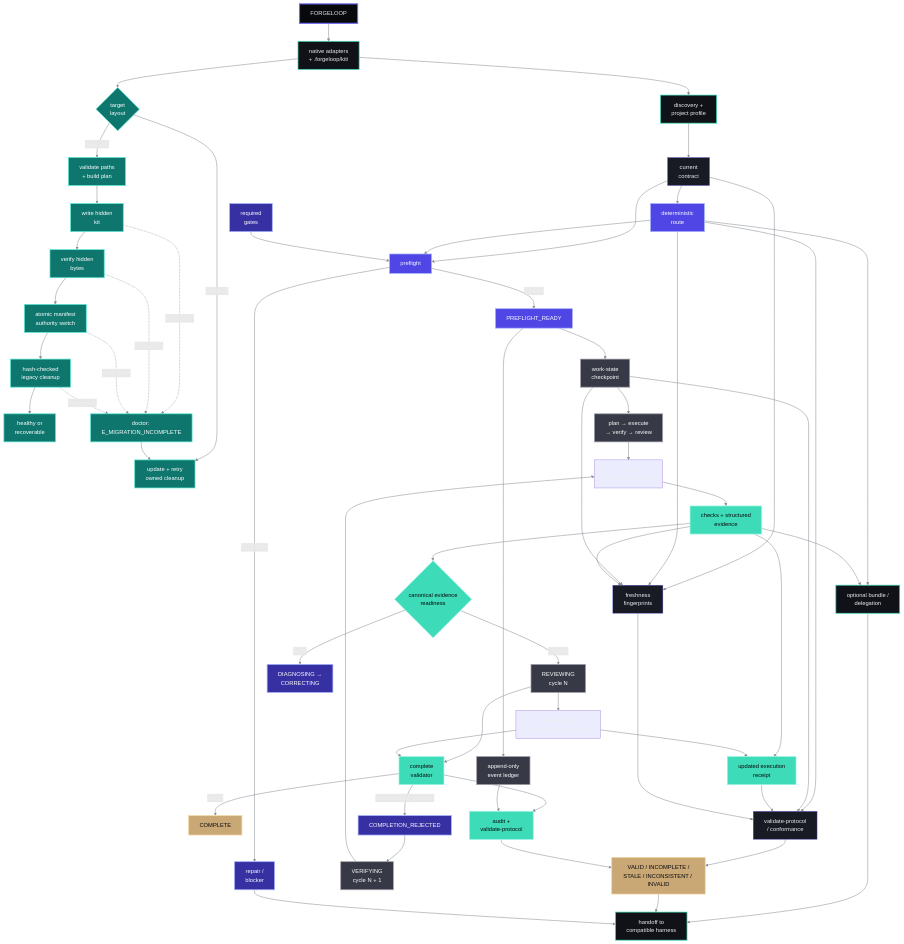
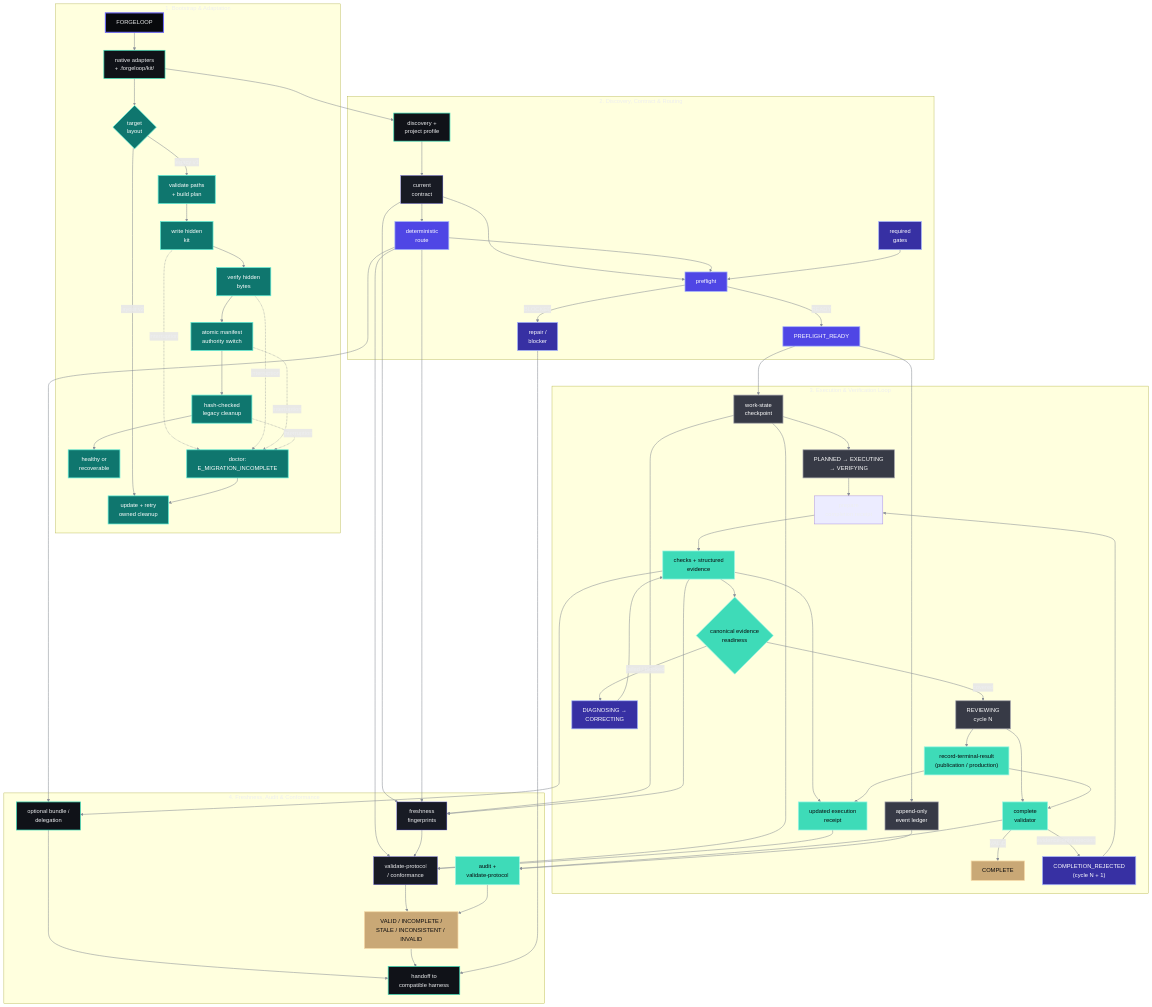
One commit to cassiomc1/ForgeLoop changed the diagram in README.md. Above: the diagram before and after it, drawn with Mermaid. The commit also changed other lines of this file, not shown here.

Commit message:
Update README Mermaid architecture diagram and release version to 0.1.11

````diff
--- a/README.md
+++ b/README.md
@@ -57,65 +57,112 @@
 ```mermaid
 flowchart TB
-  root["FORGELOOP"]
+  subgraph INIT["1. Bootstrap & Adaptation"]
+    root["FORGELOOP"]
+    entry["native adapters<br/>+ .forgeloop/kit/"]
+    migration{"target<br/>layout"}
+    plan["validate paths<br/>+ build plan"]
+    hidden["write hidden<br/>kit"]
+    verified["verify hidden<br/>bytes"]
+    authority["atomic manifest<br/>authority switch"]
+    cleanup["hash-checked<br/>legacy cleanup"]
+    recovered["healthy or<br/>recoverable"]
+    incomplete["doctor:<br/>E_MIGRATION_INCOMPLETE"]
+    retry["update + retry<br/>owned cleanup"]
+  end
 
-  root --> entry["native adapters<br/>+ .forgeloop/kit/"]
-  entry --> migration{"target<br/>layout"}
-  migration -->|legacy v1| plan["validate paths<br/>+ build plan"]
-  plan --> hidden["write hidden<br/>kit"]
-  hidden --> verified["verify hidden<br/>bytes"]
-  verified --> authority["atomic manifest<br/>authority switch"]
-  authority --> cleanup["hash-checked<br/>legacy cleanup"]
-  cleanup --> recovered["healthy or<br/>recoverable"]
-  hidden -. interruption .-> incomplete["doctor: E_MIGRATION_INCOMPLETE"]
+  subgraph CONTRACT_ROUTING["2. Discovery, Contract & Routing"]
+    discovery["discovery +<br/>project profile"]
+    contract["current<br/>contract"]
+    routing["deterministic<br/>route"]
+    gates["required<br/>gates"]
+    preflight["preflight"]
+    ready["PREFLIGHT_READY"]
+    blocker["repair /<br/>blocker"]
+  end
+
+  subgraph EXECUTION_LOOP["3. Execution & Verification Loop"]
+    state["work-state<br/>checkpoint"]
+    events["append-only<br/>event ledger"]
+    lifecycle["PLANNED → EXECUTING<br/>→ VERIFYING"]
+    prepare["prepare<br/>completion receipt"]
+    checks["checks + structured<br/>evidence"]
+    readiness{"canonical evidence<br/>readiness"}
+    review["REVIEWING<br/>cycle N"]
+    diagnose["DIAGNOSING →<br/>CORRECTING"]
+    terminal_result["record-terminal-result<br/>(publication / production)"]
+    complete["complete<br/>validator"]
+    terminal["COMPLETE"]
+    rejected["COMPLETION_REJECTED<br/>(cycle N + 1)"]
+    receipt["updated execution<br/>receipt"]
+  end
+
+  subgraph AUDIT_CONFORMANCE["4. Freshness, Audit & Conformance"]
+    freshness["freshness<br/>fingerprints"]
+    conformance["validate-protocol<br/>/ conformance"]
+    audit["audit +<br/>validate-protocol"]
+    verdict["VALID / INCOMPLETE /<br/>STALE / INCONSISTENT / INVALID"]
+    delegation["optional bundle /<br/>delegation"]
+    handoff["handoff to<br/>compatible harness"]
+  end
+
+  root --> entry
+  entry --> migration
+  migration -->|legacy v1| plan
+  plan --> hidden
+  hidden --> verified
+  verified --> authority
+  authority --> cleanup
+  cleanup --> recovered
+  hidden -. interruption .-> incomplete
   verified -. interruption .-> incomplete
   authority -. interruption .-> incomplete
   cleanup -. interruption .-> incomplete
-  migration -->|layout v2| retry["update + retry<br/>owned cleanup"]
+  migration -->|layout v2| retry
   incomplete --> retry
-  entry --> discovery["discovery +<br/>project profile"]
-  discovery --> contract["current<br/>contract"]
-  contract --> routing["deterministic<br/>route"]
 
-  contract --> preflight["preflight"]
+  entry --> discovery
+  discovery --> contract
+  contract --> routing
+  contract --> preflight
   routing --> preflight
-  gates["required<br/>gates"] --> preflight
-  preflight -->|READY| ready["PREFLIGHT_READY"]
-  preflight -->|BLOCKED| blocker["repair /<br/>blocker"]
+  gates --> preflight
+  preflight -->|READY| ready
+  preflight -->|BLOCKED| blocker
 
-  ready --> state["work-state<br/>checkpoint"]
-  ready --> events["append-only<br/>event ledger"]
-  state --> lifecycle["plan → execute<br/>→ verify → review"]
-  lifecycle --> prepare["prepare<br/>completion receipt"]
-  prepare --> checks["checks + structured<br/>evidence"]
-  checks --> readiness{"canonical evidence<br/>readiness"}
-  readiness -->|covered| review["REVIEWING<br/>cycle N"]
-  readiness -->|failed| diagnose["DIAGNOSING →<br/>CORRECTING"]
-  review --> complete["complete<br/>validator"]
-  review --> terminal_result["record-terminal-result<br/>(publication / production)"]
+  ready --> state
+  ready --> events
+  state --> lifecycle
+  lifecycle --> prepare
+  prepare --> checks
+  checks --> readiness
+  readiness -->|covered| review
+  readiness -->|failed / blocked| diagnose
+  diagnose --> checks
+  review --> complete
+  review --> terminal_result
   terminal_result --> complete
-  complete -->|VALID| terminal["COMPLETE"]
-  complete -->|evidence-only rejection| rejected["COMPLETION_REJECTED"]
-  rejected --> cycle["VERIFYING<br/>cycle N + 1"]
-  cycle --> prepare
-  checks --> receipt["updated execution<br/>receipt"]
+  complete -->|VALID| terminal
+  complete -->|evidence-only rejection| rejected
+  rejected --> prepare
+  checks --> receipt
   terminal_result --> receipt
-  complete --> audit["audit +<br/>validate-protocol"]
-  events --> audit
 
-  contract --> freshness["freshness<br/>fingerprints"]
+  contract --> freshness
   routing --> freshness
   state --> freshness
   checks --> freshness
-  routing --> conformance["validate-protocol<br/>/ conformance"]
+  routing --> conformance
   state --> conformance
   receipt --> conformance
   freshness --> conformance
-  conformance --> verdict["VALID / INCOMPLETE /<br/>STALE / INCONSISTENT / INVALID"]
+  conformance --> verdict
+  complete --> audit
+  events --> audit
   audit --> verdict
 
-  routing --> delegation["optional bundle /<br/>delegation"]
+  routing --> delegation
   checks --> delegation
-  delegation --> handoff["handoff to<br/>compatible harness"]
+  delegation --> handoff
   verdict --> handoff
   blocker --> handoff
 
@@ -134,13 +181,11 @@
   class entry,discovery,delegation entry;
   class migration,plan,hidden,verified,authority,cleanup,recovered,retry,incomplete migration;
   class routing,preflight,ready routing;
-  class state,events,lifecycle,review,cycle state;
-  class checks,readiness,receipt,complete,audit evidence;
-  class diagnose,rejected gate;
-  class terminal result;
+  class state,events,lifecycle,review state;
+  class checks,readiness,receipt,complete,audit,terminal_result evidence;
+  class diagnose,rejected,gates,blocker gate;
+  class terminal,verdict result;
   class contract,freshness,conformance fact;
-  class gates,blocker gate;
-  class verdict result;
   class handoff harness;
   linkStyle default stroke:#8A8F98,stroke-width:1.5px;
 ```
````
